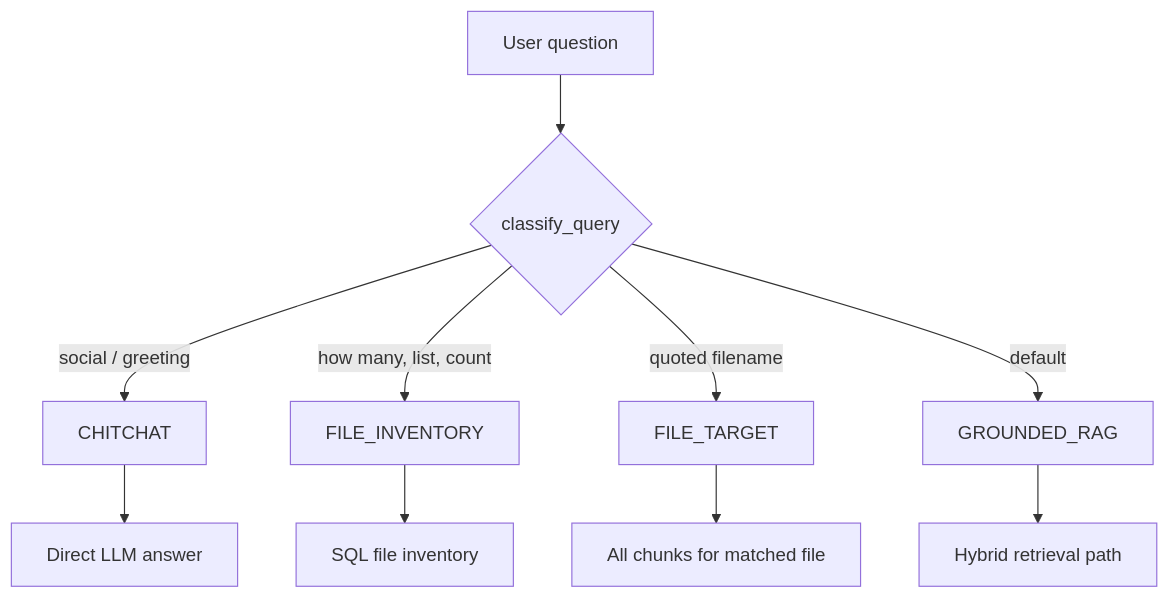
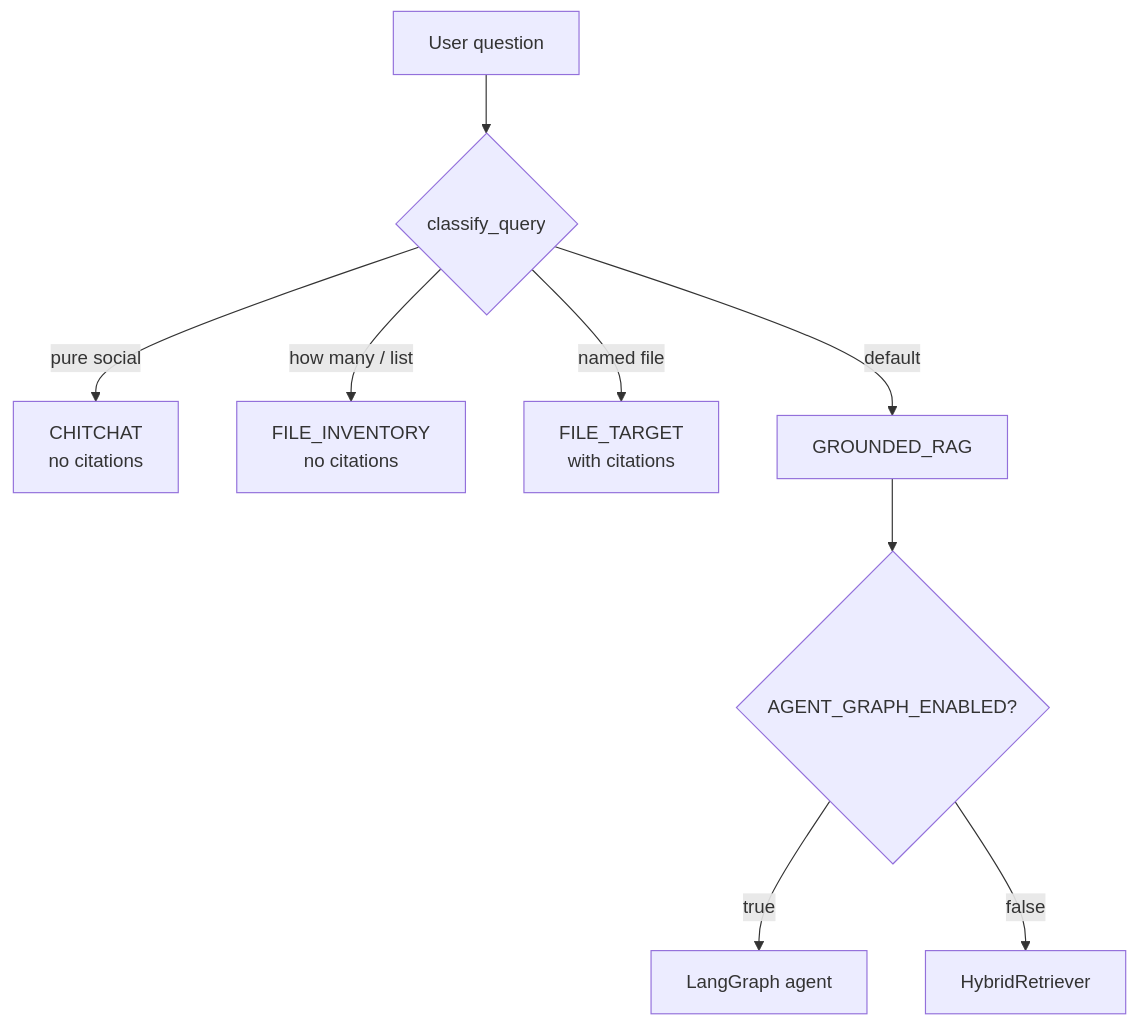
One commit to mahad816/DriveMind_AI changed the first of 2 diagrams in docs/guides/RETRIEVAL.md. Above: the diagram before and after it, drawn with Mermaid. The commit also changed other lines of this file and 3 other files, not shown here.

Commit message:
docs: fix README diagrams to match actual RAG and indexing flows

````diff
--- a/docs/guides/RETRIEVAL.md
+++ b/docs/guides/RETRIEVAL.md
@@ -24,14 +26,13 @@
 ```mermaid
 flowchart TD
     Q[User question] --> R{classify_query}
 
-    R -->|social / greeting| C[CHITCHAT]
-    R -->|how many, list, count| I[FILE_INVENTORY]
-    R -->|quoted filename| T[FILE_TARGET]
+    R -->|pure social| C[CHITCHAT<br/>no citations]
+    R -->|how many / list| I[FILE_INVENTORY<br/>no citations]
+    R -->|named file| T[FILE_TARGET<br/>with citations]
     R -->|default| G[GROUNDED_RAG]
 
-    C --> D1[Direct LLM answer]
-    I --> D2[SQL file inventory]
-    T --> D3[All chunks for matched file]
-    G --> D4[Hybrid retrieval path]
+    G --> Flag{AGENT_GRAPH_ENABLED?}
+    Flag -->|true| Agent[LangGraph agent]
+    Flag -->|false| Linear[HybridRetriever]
 ```
````
